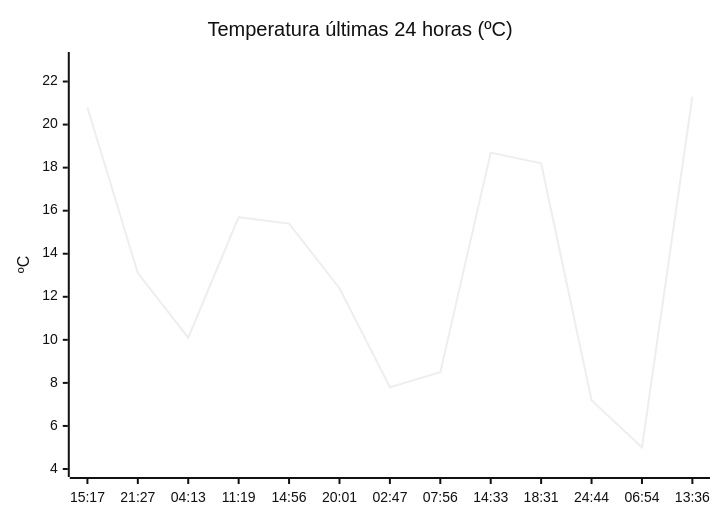
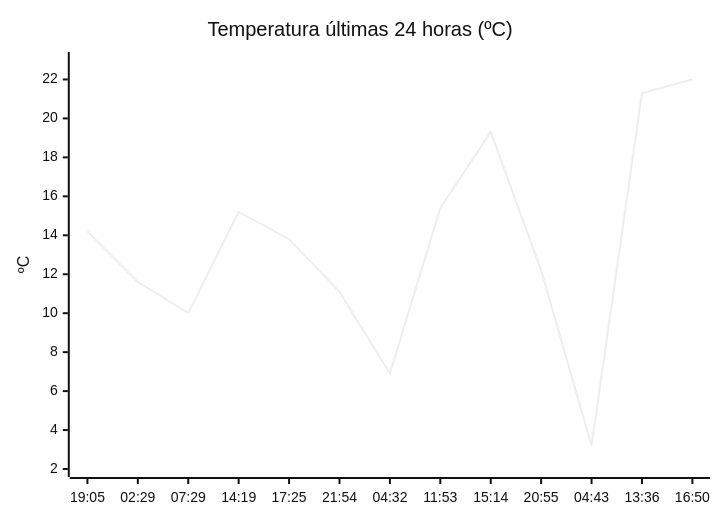
The diagram in README.md (solidsnk86/rem-scrap), drawn with Mermaid (neutral theme) before and after one commit. The commit also changed other lines of this file, not shown here.

````diff
--- a/README.md
+++ b/README.md
@@ -28,7 +36,7 @@
 ```mermaid
 xychart-beta
     title "Temperatura últimas 24 horas (ºC)"
-    x-axis ["15:17", "21:27", "04:13", "11:19", "14:56", "20:01", "02:47", "07:56", "14:33", "18:31", "24:44", "06:54", "13:36"]
-    y-axis "ºC" 4 --> 23
-    line [20.8, 13.1, 10.1, 15.7, 15.4, 12.4, 7.8, 8.5, 18.7, 18.2, 7.2, 5, 21.3]
+    x-axis ["19:05", "02:29", "07:29", "14:19", "17:25", "21:54", "04:32", "11:53", "15:14", "20:55", "04:43", "13:36", "16:50"]
+    y-axis "ºC" 2 --> 23
+    line [14.2, 11.6, 10, 15.2, 13.8, 11.1, 6.9, 15.4, 19.3, 12.2, 3.2, 21.3, 22]
 ```
````
